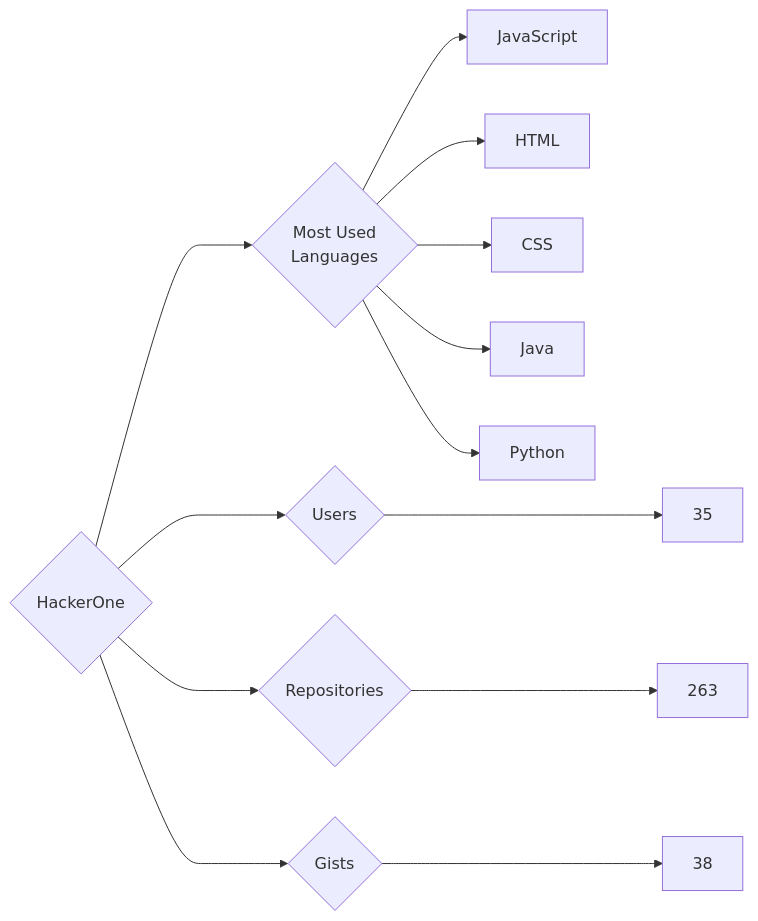
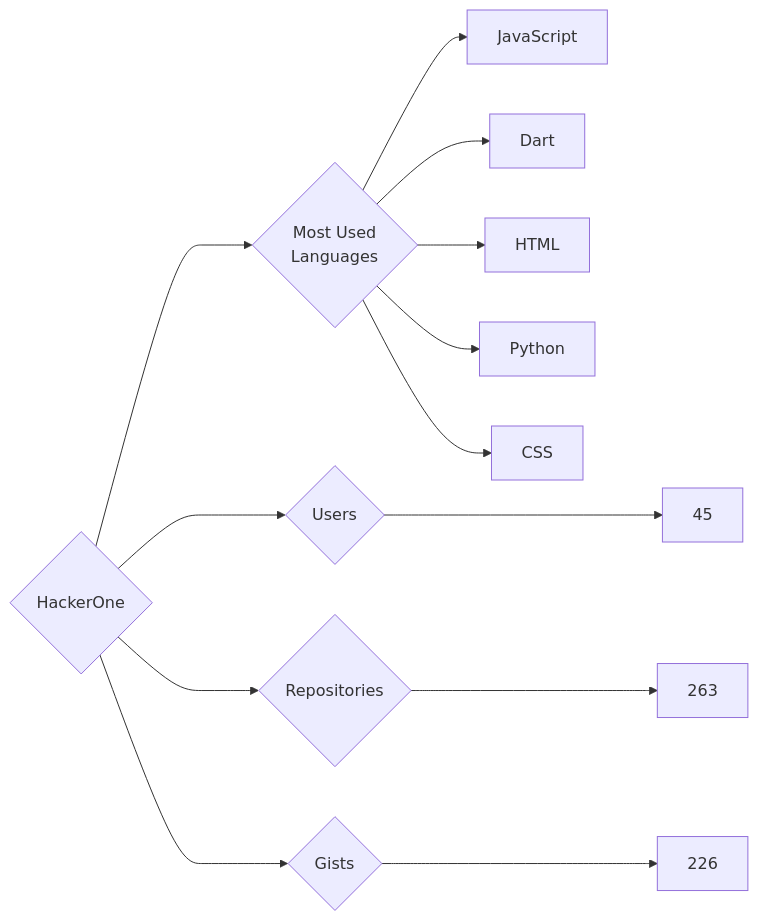
One commit to trickest/insiders changed the diagram in targets/HackerOne/README.md. Above: the diagram before and after it, drawn with Mermaid. The commit also changed 934 other files, not shown here.

````diff
--- a/targets/HackerOne/README.md
+++ b/targets/HackerOne/README.md
@@ -3,13 +3,13 @@
 ```mermaid
 graph LR
 COMPANY_NAME{HackerOne}
-COMPANY_NAME ---> U{Users} ---> UN[35]
+COMPANY_NAME ---> U{Users} ---> UN[45]
 COMPANY_NAME ---> R{Repositories} ---> RN[263]
-COMPANY_NAME ---> G{Gists} ---> GN[38]
+COMPANY_NAME ---> G{Gists} ---> GN[226]
 COMPANY_NAME ---> ML{Most Used<br>Languages}
 ML --> JavaScript[JavaScript]
+ML --> Dart[Dart]
 ML --> HTML[HTML]
+ML --> Python[Python]
 ML --> CSS[CSS]
-ML --> Java[Java]
-ML --> Python[Python]
 ```
````
